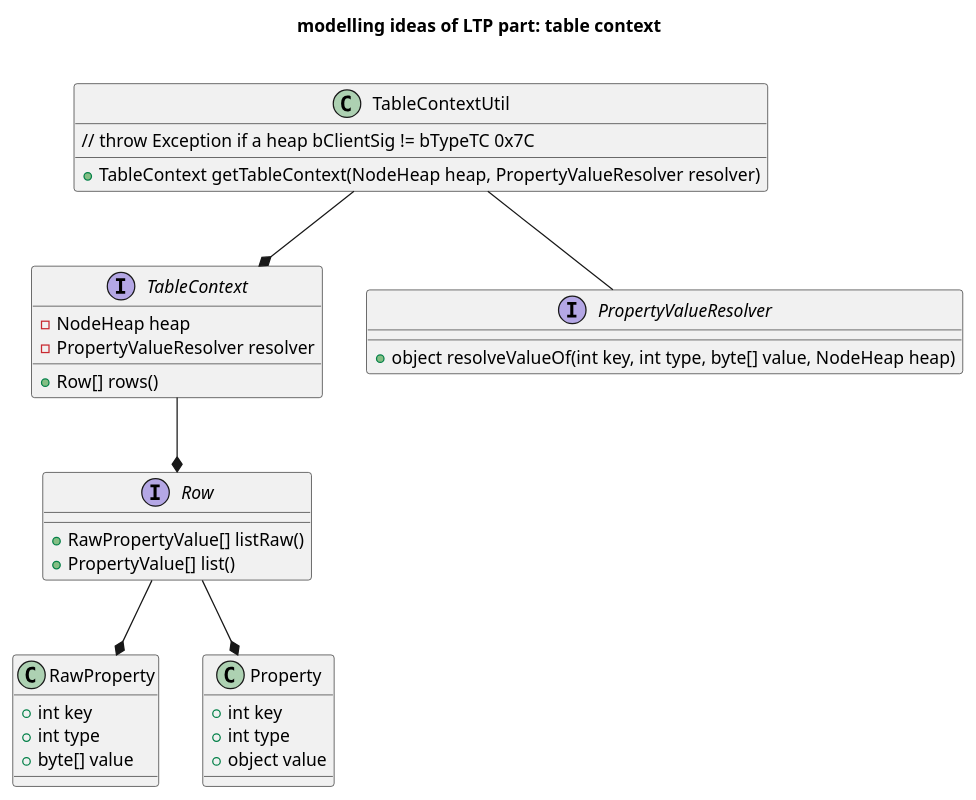
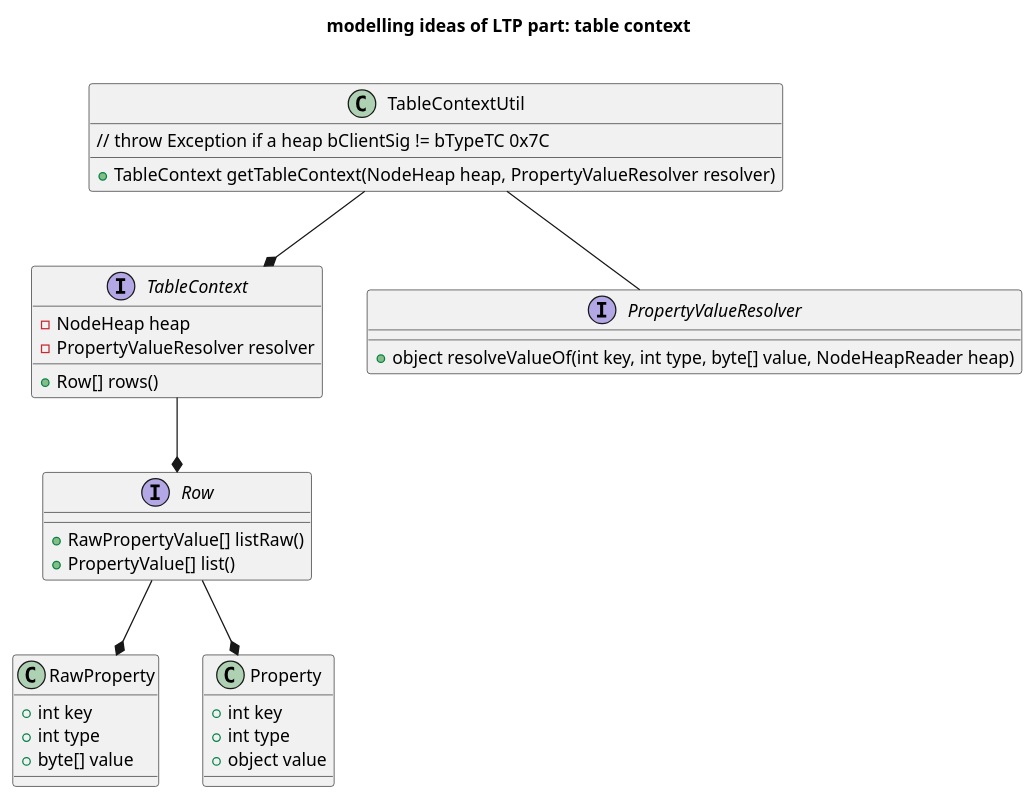
Before and after one commit to Kris-LIBIS/ruby-msg: the fifth of 5 diagrams in plantuml/base.plantuml, drawn with PlantUML. The commit also changed other lines of this file and 3 other files, not shown here.

Commit message:
Split NodeHeap to NodeHeap and NodeHeapReader

```diff
--- a/plantuml/base.plantuml
+++ b/plantuml/base.plantuml
@@ -163,43 +168,43 @@
 @startuml ltp_tc
 title modelling ideas of LTP part: table context\n
 class TableContextUtil {
     // throw Exception if a heap bClientSig != bTypeTC 0x7C
 
     + TableContext getTableContext(NodeHeap heap, PropertyValueResolver resolver)
 }
 
 interface TableContext {
     - NodeHeap heap
     - PropertyValueResolver resolver
 
     + Row[] rows()
 }
 
 interface Row {
     + RawPropertyValue[] listRaw()
     + PropertyValue[] list()
 }
 
 interface PropertyValueResolver {
-    + object resolveValueOf(int key, int type, byte[] value, NodeHeap heap)
+    + object resolveValueOf(int key, int type, byte[] value, NodeHeapReader heap)
 }
 
 class RawProperty {
     + int key
     + int type
     + byte[] value
 }
 
 class Property {
     + int key
     + int type
     + object value
 }
 
 TableContextUtil --* TableContext
 TableContext --* Row
 Row --* Property
 Row --* RawProperty
 TableContextUtil -- PropertyValueResolver
 
 @enduml
```
